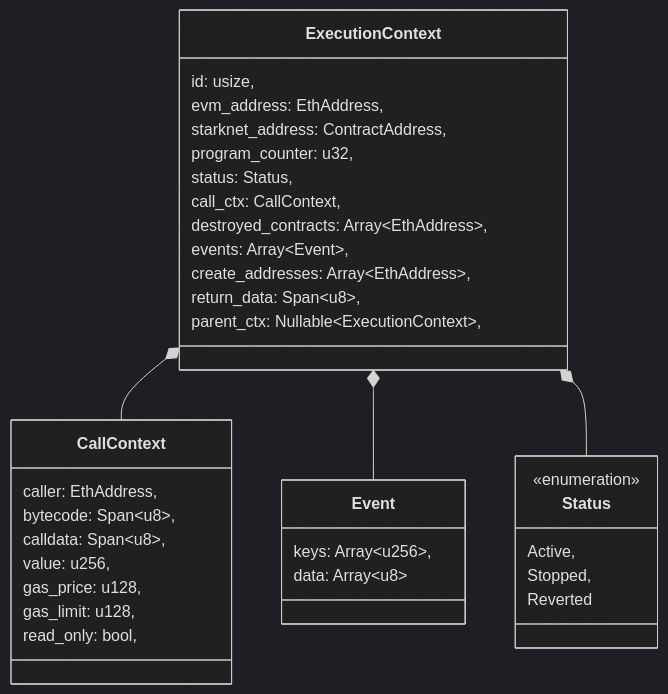
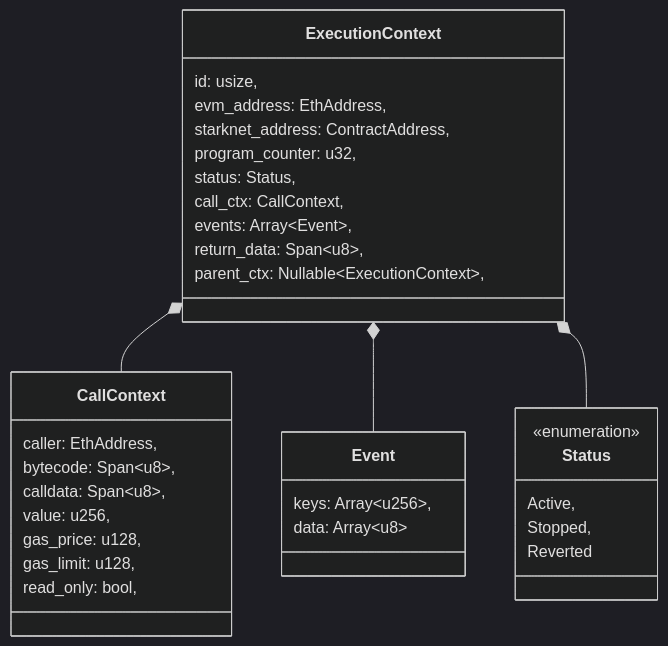
Before and after one commit to kkrt-labs/kakarot-ssj: the first of 2 diagrams in docs/general/execution_context.md, drawn with Mermaid (dark theme). The commit also changed 11 other files, not shown here.

````diff
--- a/docs/general/execution_context.md
+++ b/docs/general/execution_context.md
@@ -16,42 +16,40 @@
 ```mermaid
 classDiagram
     class ExecutionContext{
         id: usize,
         evm_address: EthAddress,
         starknet_address: ContractAddress,
         program_counter: u32,
         status: Status,
         call_ctx: CallContext,
-        destroyed_contracts: Array~EthAddress~,
         events: Array~Event~,
-        create_addresses: Array~EthAddress~,
         return_data: Span~u8~,
         parent_ctx: Nullable~ExecutionContext~,
     }
 
     class CallContext{
         caller: EthAddress,
         bytecode: Span~u8~,
         calldata: Span~u8~,
         value: u256,
         gas_price: u128,
         gas_limit: u128,
         read_only: bool,
     }
 
     class Event{
         keys: Array~u256~,
         data: Array~u8~
     }
 
     class Status{
     <<enumeration>>
       Active,
       Stopped,
       Reverted
     }
 
     ExecutionContext *-- CallContext
     ExecutionContext *-- Event
     ExecutionContext *-- Status
 ```
````
